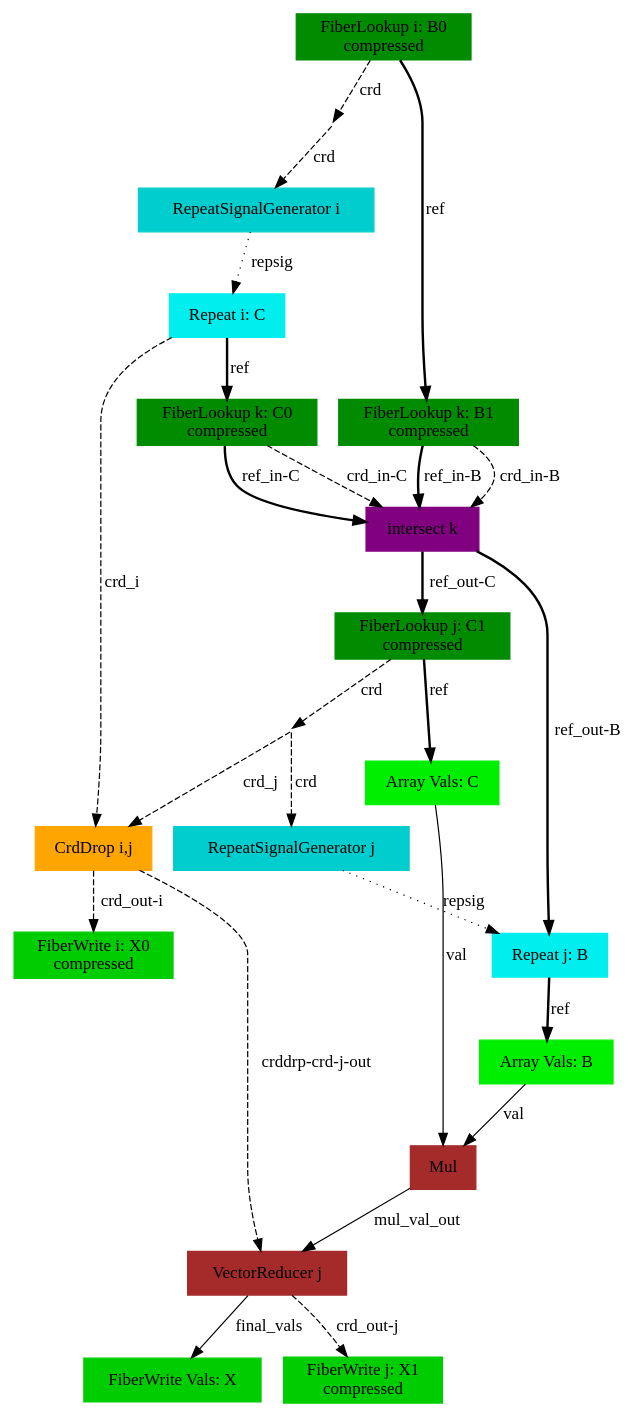
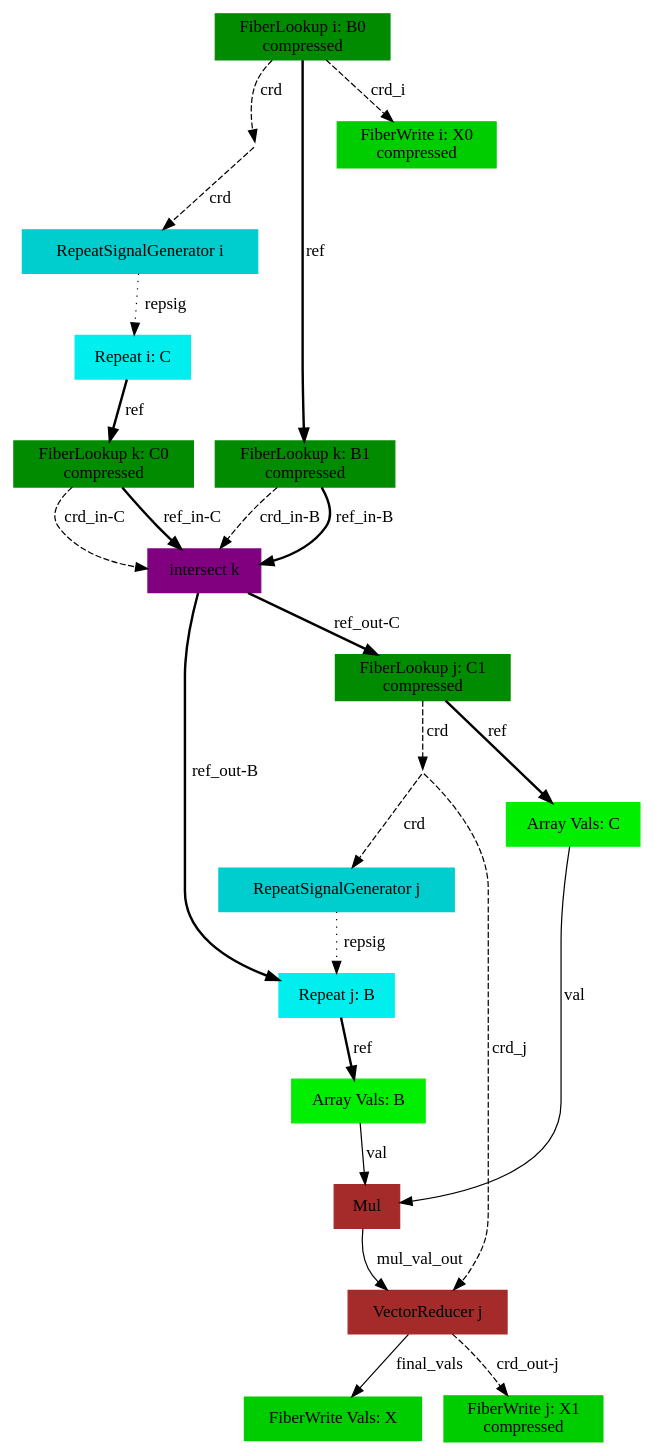
Before and after one commit to weiya711/sam: the diagram in compiler/sam-outputs/onyx-dot/matmul_ikj_hand_BLACKBOX.gv, drawn with Graphviz. The commit also changed 6 other files, not shown here.

Commit message:
VR connection rules and SAM graph changes

```diff
--- a/compiler/sam-outputs/onyx-dot/matmul_ikj_hand_BLACKBOX.gv
+++ b/compiler/sam-outputs/onyx-dot/matmul_ikj_hand_BLACKBOX.gv
@@ -1,47 +1,44 @@
 digraph SAM {
     comment="X=ss01,B=ss01,C=ss01"
-    20 [comment="type=vectorreducer,index=j" label="VectorReducer j" color=brown shape=box style=filled type="vectorreducer" index="j"]
+    20 [comment="type=vectorreducer,index=j" label="VectorReducer j" color=brown shape=box style=filled type="vectorreducer" accum_index="j"]
     0 [comment="type=fiberwrite,mode=vals,tensor=X,size=1*B0_dim*C1_dim,sink=true" label="FiberWrite Vals: X" color=green3 shape=box style=filled type="fiberwrite" tensor="X" mode="vals" size="1*B0_dim*C1_dim" sink="true"]
     1 [comment="type=fiberwrite,index=j,tensor=X,mode=1,format=compressed,segsize=B0_dim+1,crdsize=B0_dim*C1_dim,sink=true" label="FiberWrite j: X1\ncompressed" color=green3 shape=box style=filled type="fiberwrite" index="j" tensor="X" mode="1" format="compressed" segsize="B0_dim+1" crdsize="B0_dim*C1_dim" sink="true"]
     19 [comment="type=fiberlookup,index=i,tensor=B,mode=0,format=compressed,src=true,root=true" label="FiberLookup i: B0\ncompressed" color=green4 shape=box style=filled type="fiberlookup" index="i" tensor="B" mode="0" format="compressed" src="true" root="true"]
     18 [comment="type=broadcast" shape=point style=invis type="broadcast"]
-    4 [comment="type=crddrop,outer=i,inner=j" label="CrdDrop i,j" color=orange shape=box style=filled type="crddrop" outer="i" inner="j"]
     2 [comment="type=fiberwrite,index=i,tensor=X,mode=0,format=compressed,segsize=2,crdsize=B0_dim,sink=true" label="FiberWrite i: X0\ncompressed" color=green3 shape=box style=filled type="fiberwrite" index="i" tensor="X" mode="0" format="compressed" segsize="2" crdsize="B0_dim" sink="true"]
     17 [comment="type=repsiggen,index=i" label="RepeatSignalGenerator i" color=cyan3 shape=box style=filled type="repsiggen" index="i"]
     16 [comment="type=repeat,index=i,tensor=C,root=true" label="Repeat i: C" color=cyan2 shape=box style=filled type="repeat" index="i" tensor="C" root="true"]
     15 [comment="type=fiberlookup,index=k,tensor=C,mode=0,format=compressed,src=true,root=false" label="FiberLookup k: C0\ncompressed" color=green4 shape=box style=filled type="fiberlookup" index="k" tensor="C" mode="0" format="compressed" src="true" root="false"]
     13 [comment="type=intersect,index=k" label="intersect k" color=purple shape=box style=filled type="intersect" index="k"]
     9 [comment="type=repeat,index=j,tensor=B,root=false" label="Repeat j: B" color=cyan2 shape=box style=filled type="repeat" index="j" tensor="B" root="false"]
     7 [comment="type=arrayvals,tensor=B" label="Array Vals: B" color=green2 shape=box style=filled type="arrayvals" tensor="B"]
     6 [comment="type=mul" label="Mul" color=brown shape=box style=filled type="mul"]
     12 [comment="type=fiberlookup,index=j,tensor=C,mode=1,format=compressed,src=true,root=false" label="FiberLookup j: C1\ncompressed" color=green4 shape=box style=filled type="fiberlookup" index="j" tensor="C" mode="1" format="compressed" src="true" root="false"]
     11 [comment="type=broadcast" shape=point style=invis type="broadcast"]
     10 [comment="type=repsiggen,index=j" label="RepeatSignalGenerator j" color=cyan3 shape=box style=filled type="repsiggen" index="j"]
     8 [comment="type=arrayvals,tensor=C" label="Array Vals: C" color=green2 shape=box style=filled type="arrayvals" tensor="C"]
     14 [comment="type=fiberlookup,index=k,tensor=B,mode=1,format=compressed,src=true,root=false" label="FiberLookup k: B1\ncompressed" color=green4 shape=box style=filled type="fiberlookup" index="k" tensor="B" mode="1" format="compressed" src="true" root="false"]
     19 -> 18 [label="crd" style=dashed type="crd" comment=""]
-    4 -> 2 [label="crd_out-i" style=dashed type="crd" comment="out-i"]
     18 -> 17 [label="crd" style=dashed type="crd" comment=""]
     17 -> 16 [label="repsig" style=dotted type="repsig"]
     16 -> 15 [label="ref" style=bold type="ref"]
     15 -> 13 [label="crd_in-C" style=dashed type="crd" comment="in-C"]
     13 -> 9 [label="ref_out-B" style=bold type="ref" comment="out-B"]
     9 -> 7 [label="ref" style=bold type="ref"]
     7 -> 6 [label="val" type="val"]
     13 -> 12 [label="ref_out-C" style=bold type="ref" comment="out-C"]
     12 -> 11 [label="crd" style=dashed type="crd" comment=""]
-    16 -> 4 [label="crd_i" style=dashed type="crd" comment="i"]
-    11 -> 4 [label="crd_j" style=dashed type="crd" comment="j"]
+    19 -> 2 [label="crd_i" style=dashed type="crd" comment="i"]
+    11 -> 20 [label="crd_j" style=dashed type="crd" comment="j" special="true"]
     11 -> 10 [label="crd" style=dashed type="crd" comment=""]
     10 -> 9 [label="repsig" style=dotted type="repsig"]
     12 -> 8 [label="ref" style=bold type="ref" comment=""]
     8 -> 6 [label="val" type="val"]
     15 -> 13 [label="ref_in-C" style=bold type="ref" comment="in-C"]
     19 -> 14 [label="ref" style=bold type="ref" comment=""]
     14 -> 13 [label="crd_in-B" style=dashed type="crd" comment="in-B"]
     14 -> 13 [label="ref_in-B" style=bold type="ref" comment="in-B"]
-    4 -> 20 [label="crddrp-crd-j-out" style=dashed type="crd" comment="crddrp-crd-j-out"]
     6 -> 20 [label="mul_val_out" type="val"]
     20 -> 0 [label="final_vals" type="val"]
     20 -> 1 [label="crd_out-j" style=dashed type="crd" comment="out-j"]
 }
```
